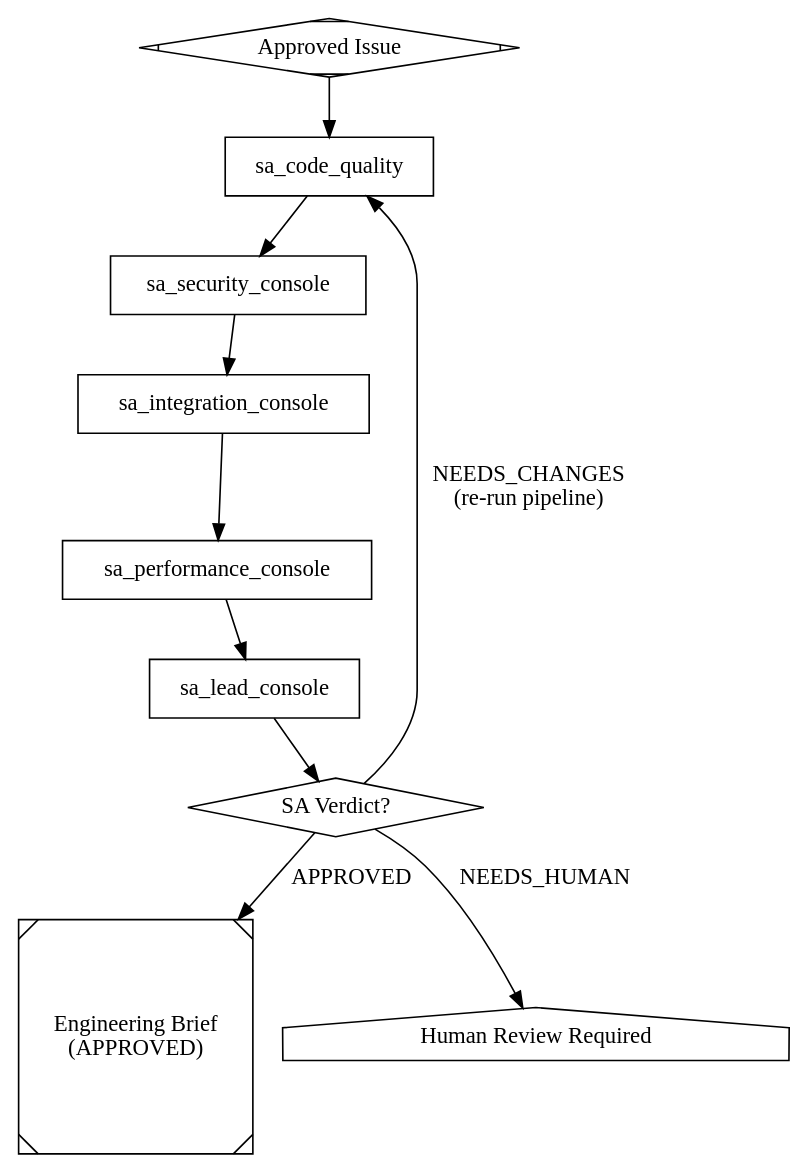
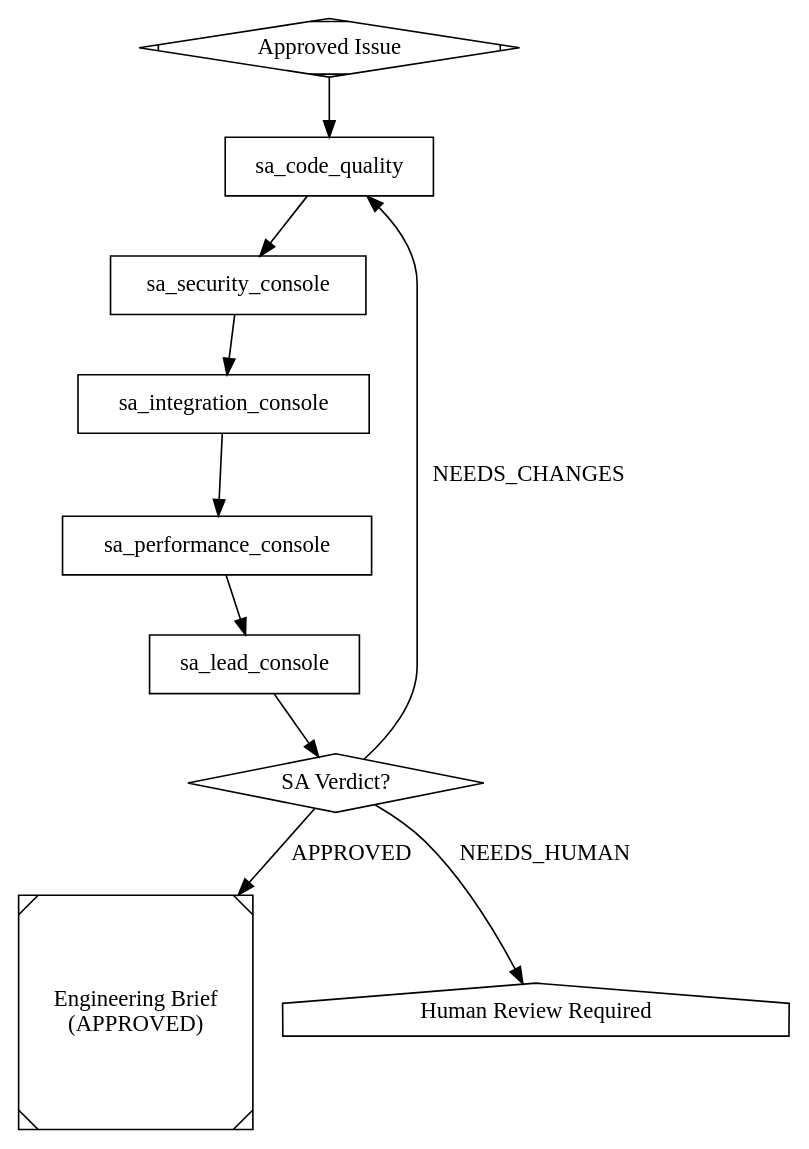
One commit to ardrodus/dark-fac changed the diagram in pipelines/arch_review_console.dot. Above: the diagram before and after it, drawn with Graphviz. The commit also changed 6 other files, not shown here.

```diff
--- a/pipelines/arch_review_console.dot
+++ b/pipelines/arch_review_console.dot
@@ -1,64 +1,64 @@
 // Architecture Review Pipeline -- Console Strategy
 //
 // 4 sequential domain specialists + Solutions Architect Lead.
 // Lightest pipeline -- for CLI tools, scripts, and local-machine apps.
 // No cloud or infrastructure stages. Focused on code quality,
 // security, integration patterns, and performance.
 //
 // Agents: factory/agents/sa-{code-quality,security-console,
 //         integration-console,performance-console}.md, sa-lead-console.md
 //
 // Called by: Dark Forge (dark_forge.dot) when DEPLOY_STRATEGY=console
 
 digraph arch_review_console {
     graph [
         goal="Review a GitHub issue across 4 software quality domains and produce an Engineering Brief"
     ]
 
     // --- Entry ---
     start [shape=Mdiamond, label="Approved Issue"]
 
     // --- Stage 1: Code Quality (patterns, maintainability, SOLID) ---
     sa_code_quality [
         shape=box,
         prompt="You are Stage 1/4 (Code Quality) in Dark Factory's console architecture review pipeline.\n\nWorkspace: $workspace\nIssue: $issue\n\nExplore the codebase at $workspace to understand existing code patterns and architecture.\n\nEvaluate:\n- Code patterns and conventions used in the project\n- SOLID principles adherence\n- Maintainability and testability\n- Error handling patterns\n- Dependency management\n- Documentation coverage\n\nFor each concern, reference specific files and patterns from the workspace.\n\nOutput your findings as structured JSON:\n{\"findings\": [...], \"risk_level\": \"low|medium|high|critical\", \"recommendations\": [...], \"approval\": true|false}"
     ]
 
     // --- Stage 2: Security (input validation, secrets, OWASP) ---
     // CRITICAL: Reviews ALL prior recommendations
     sa_security_console [
         shape=box,
         prompt="You are Stage 2/4 (Security) in Dark Factory's console architecture review pipeline.\n\nWorkspace: $workspace\nIssue: $issue\n\nCRITICAL: Review ALL prior stage recommendations for security implications.\n\nExplore the codebase at $workspace and evaluate:\n- Input validation and sanitization\n- Command injection prevention\n- Secrets handling (no hardcoded credentials)\n- File system safety (path traversal prevention)\n- OWASP top 10 (adapted for CLI)\n- Dependency vulnerabilities\n\nFor each concern, reference specific files and code from the workspace.\n\nOutput your findings as structured JSON:\n{\"findings\": [...], \"risk_level\": \"low|medium|high|critical\", \"recommendations\": [...], \"approval\": true|false}"
     ]
 
     // --- Stage 3: Integration (CLI UX, piping, exit codes, config) ---
     sa_integration_console [
         shape=box,
         prompt="You are Stage 3/4 (Integration) in Dark Factory's console architecture review pipeline.\n\nWorkspace: $workspace\nIssue: $issue\n\nExplore the codebase at $workspace and evaluate:\n- CLI argument parsing patterns\n- stdin/stdout/stderr conventions\n- Exit codes and error reporting\n- Piping compatibility\n- Configuration file formats\n- Environment variable handling\n\nFor each concern, reference specific files and code from the workspace.\n\nOutput your findings as structured JSON:\n{\"findings\": [...], \"risk_level\": \"low|medium|high|critical\", \"recommendations\": [...], \"approval\": true|false}"
     ]
 
     // --- Stage 4: Performance (runtime, memory, startup time) ---
     sa_performance_console [
         shape=box,
         prompt="You are Stage 4/4 (Performance) in Dark Factory's console architecture review pipeline.\n\nWorkspace: $workspace\nIssue: $issue\n\nExplore the codebase at $workspace and evaluate:\n- Runtime performance considerations\n- Memory usage patterns\n- Startup time\n- Async I/O usage\n- Caching strategies\n- Algorithmic complexity of key operations\n\nFor each concern, reference specific files and code from the workspace.\n\nOutput your findings as structured JSON:\n{\"findings\": [...], \"risk_level\": \"low|medium|high|critical\", \"recommendations\": [...], \"approval\": true|false}"
     ]
 
     // --- Solutions Architect Lead (final synthesis) ---
     sa_lead_console [
         shape=box,
         prompt="You are the Solutions Architect performing final review of the console architecture pipeline.\n\nWorkspace: $workspace\nIssue: $issue\n\nYou have output from 4 specialist stages. Read their findings from the pipeline context.\n\nSynthesize all reviews into an Engineering Brief:\n- Approved architectural approach for the CLI/console application\n- Key constraints and risks identified across all domains\n- Implementation guidance per domain\n- Verdict: APPROVED | NEEDS_CHANGES | NEEDS_HUMAN\n\nIf critical stages (Code Quality, Security) found high/critical risks, consider NEEDS_HUMAN.\n\nWrite the Engineering Brief to: $workspace/.dark-factory/specs/$issue_number/engineering-brief.md\n\nOutput your verdict as the final line: APPROVED, NEEDS_CHANGES, or NEEDS_HUMAN"
     ]
 
     // --- Verdict ---
     verdict [shape=diamond, label="SA Verdict?"]
     approved [shape=Msquare, label="Engineering Brief\n(APPROVED)"]
     needs_human [shape=house, label="Human Review Required"]
 
     // --- Flow: Sequential ---
     start -> sa_code_quality -> sa_security_console -> sa_integration_console -> sa_performance_console
     sa_performance_console -> sa_lead_console -> verdict
 
     verdict -> approved [label="APPROVED"]
-    verdict -> sa_code_quality [label="NEEDS_CHANGES\n(re-run pipeline)"]
+    verdict -> sa_code_quality [label="NEEDS_CHANGES"]
     verdict -> needs_human [label="NEEDS_HUMAN"]
 }
```
